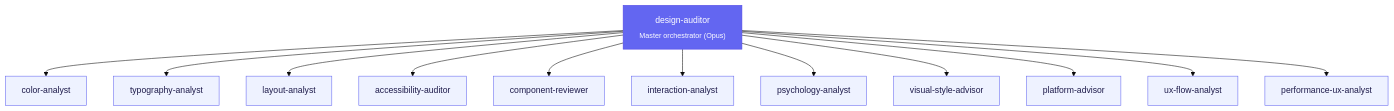
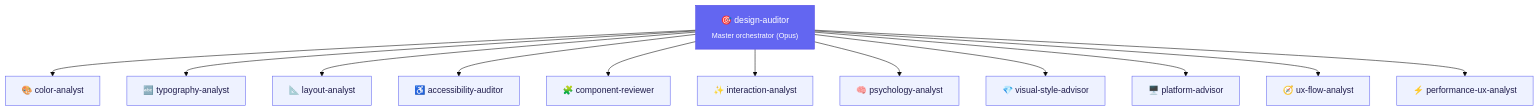
The second of 2 diagrams in README.md (Aboudjem/ui-ux-suite), drawn with Mermaid (base theme) before and after one commit. The commit also changed other lines of this file and 23 other files, not shown here.

````diff
--- a/README.md
+++ b/README.md
@@ -182,27 +182,27 @@
 ```mermaid
 graph TD
-    A["design-auditor<br/><sub>Master orchestrator (Opus)</sub>"] --> B["color-analyst"]
-    A --> C["typography-analyst"]
-    A --> D["layout-analyst"]
-    A --> E["accessibility-auditor"]
-    A --> F["component-reviewer"]
-    A --> G["interaction-analyst"]
-    A --> H["psychology-analyst"]
-    A --> I["visual-style-advisor"]
-    A --> J["platform-advisor"]
-    A --> K["ux-flow-analyst"]
-    A --> L["performance-ux-analyst"]
+    A["🎯 design-auditor<br/><sub>Master orchestrator (Opus)</sub>"] --> B["🎨 color-analyst"]
+    A --> C["🔤 typography-analyst"]
+    A --> D["📐 layout-analyst"]
+    A --> E["♿ accessibility-auditor"]
+    A --> F["🧩 component-reviewer"]
+    A --> G["✨ interaction-analyst"]
+    A --> H["🧠 psychology-analyst"]
+    A --> I["💎 visual-style-advisor"]
+    A --> J["🖥️ platform-advisor"]
+    A --> K["🧭 ux-flow-analyst"]
+    A --> L["⚡ performance-ux-analyst"]
 
     style A fill:#6366f1,stroke:#4f46e5,color:#fff
     style B fill:#eef2ff,stroke:#6366f1,color:#1e1b4b
     style C fill:#eef2ff,stroke:#6366f1,color:#1e1b4b
     style D fill:#eef2ff,stroke:#6366f1,color:#1e1b4b
     style E fill:#eef2ff,stroke:#6366f1,color:#1e1b4b
     style F fill:#eef2ff,stroke:#6366f1,color:#1e1b4b
     style G fill:#eef2ff,stroke:#6366f1,color:#1e1b4b
     style H fill:#eef2ff,stroke:#6366f1,color:#1e1b4b
     style I fill:#eef2ff,stroke:#6366f1,color:#1e1b4b
     style J fill:#eef2ff,stroke:#6366f1,color:#1e1b4b
     style K fill:#eef2ff,stroke:#6366f1,color:#1e1b4b
     style L fill:#eef2ff,stroke:#6366f1,color:#1e1b4b
 ```
````
